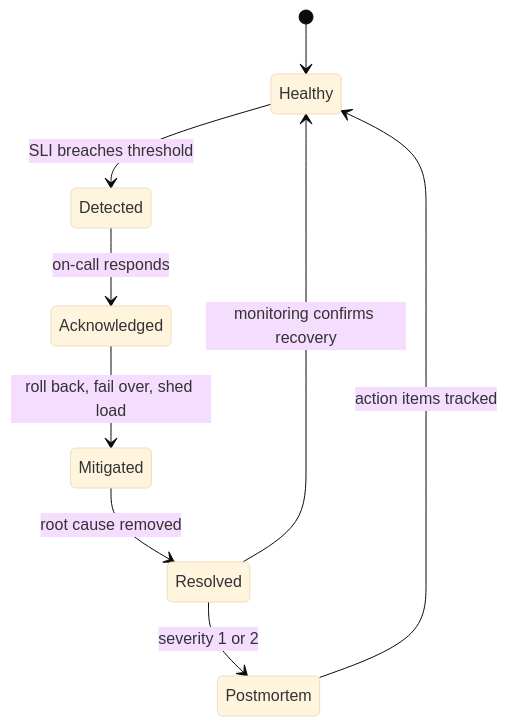
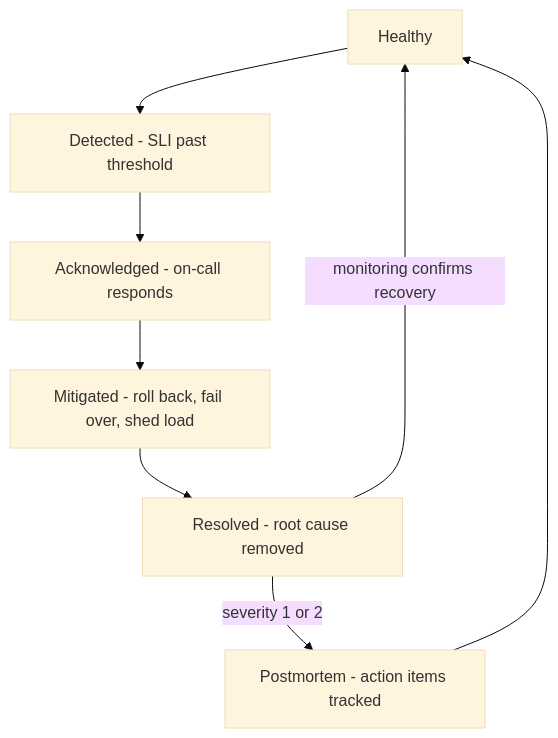
The third of 3 diagrams in content/blog/monitoring-outages-sre.md (hrushik98/hrushik.com), drawn with Mermaid (base theme) before and after one commit. The commit also changed other lines of this file, not shown here.

Commit message:
content: fix monitoring-outages diagrams - drop blank-rendering stateDiagram, tighten sequence
stateDiagram-v2 renders blank under the mermaid securityLevel: strict config; replaced the §7 incident-lifecycle diagram with an equivalent flowchart. Also cut the §6 alert-flow sequence from 5 participants to 4 so it is not cramped in the narrow blog column.

````diff
--- a/content/blog/monitoring-outages-sre.md
+++ b/content/blog/monitoring-outages-sre.md
@@ -240,11 +236,10 @@
 ```mermaid
-stateDiagram-v2
-    [*] --> Healthy
-    Healthy --> Detected: SLI breaches threshold
-    Detected --> Acknowledged: on-call responds
-    Acknowledged --> Mitigated: roll back, fail over, shed load
-    Mitigated --> Resolved: root cause removed
-    Resolved --> Healthy: monitoring confirms recovery
-    Resolved --> Postmortem: severity 1 or 2
-    Postmortem --> Healthy: action items tracked
+flowchart TD
+    H["Healthy"] --> D["Detected - SLI past threshold"]
+    D --> A["Acknowledged - on-call responds"]
+    A --> M["Mitigated - roll back, fail over, shed load"]
+    M --> R["Resolved - root cause removed"]
+    R -->|"monitoring confirms recovery"| H
+    R -->|"severity 1 or 2"| P["Postmortem - action items tracked"]
+    P --> H
 ```
````
